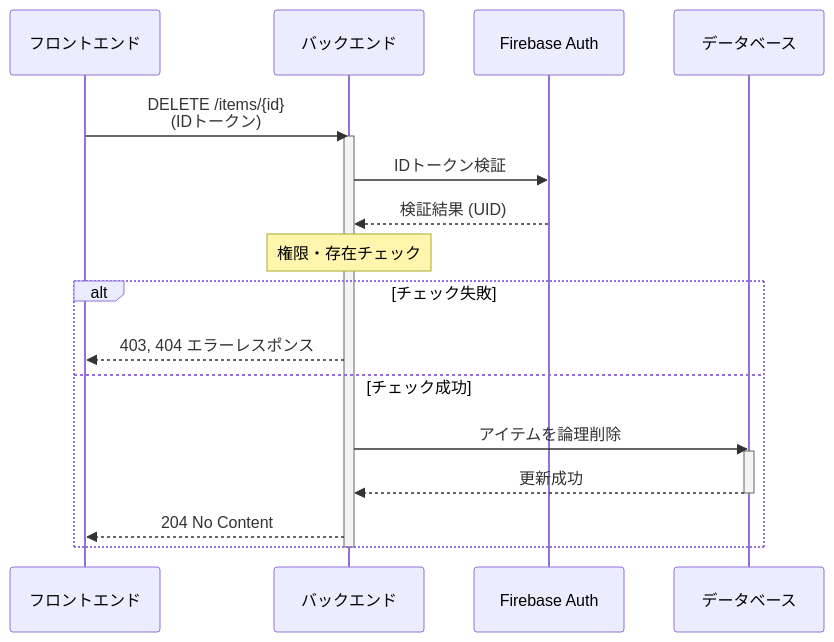
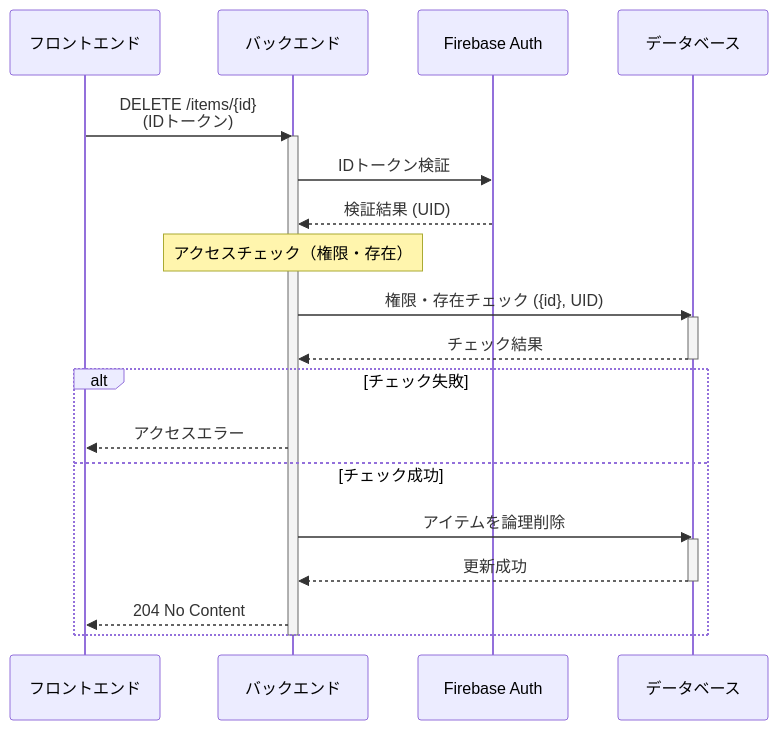
One commit to miki-hayashi-71/inventory-api changed the ninth of 9 diagrams in doc/seaquence.md. Above: the diagram before and after it, drawn with Mermaid. The commit also changed other lines of this file, not shown here.

Commit message:
docs: Update sequence diagram

````diff
--- a/doc/seaquence.md
+++ b/doc/seaquence.md
@@ -231,25 +283,29 @@
 ```mermaid
 sequenceDiagram
     participant フロントエンド
     participant バックエンド
     participant Firebase Auth
     participant データベース
 
     フロントエンド->>バックエンド: DELETE /items/{id} <br> (IDトークン)
     activate バックエンド
     バックエンド->>Firebase Auth: IDトークン検証
     Firebase Auth-->>バックエンド: 検証結果 (UID)
 
-    note over バックエンド: 権限・存在チェック
+    note over バックエンド: アクセスチェック（権限・存在）
+    バックエンド->>データベース: 権限・存在チェック ({id}, UID)
+    activate データベース
+    データベース-->>バックエンド: チェック結果
+    deactivate データベース
 
     alt チェック失敗
-        バックエンド-->>フロントエンド: 403, 404 エラーレスポンス
+        バックエンド-->>フロントエンド: アクセスエラー
     else チェック成功
         バックエンド->>データベース: アイテムを論理削除
         activate データベース
         データベース-->>バックエンド: 更新成功
         deactivate データベース
         バックエンド-->>フロントエンド: 204 No Content
     end
     deactivate バックエンド
 ```
````
